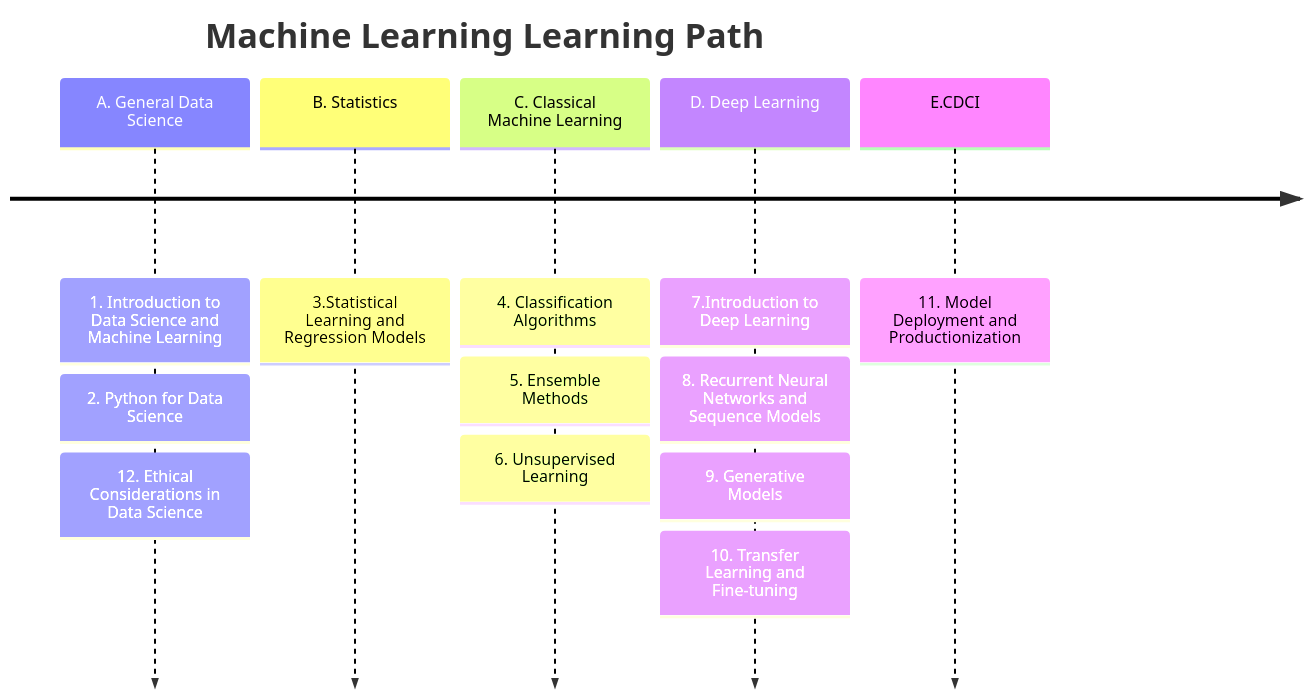
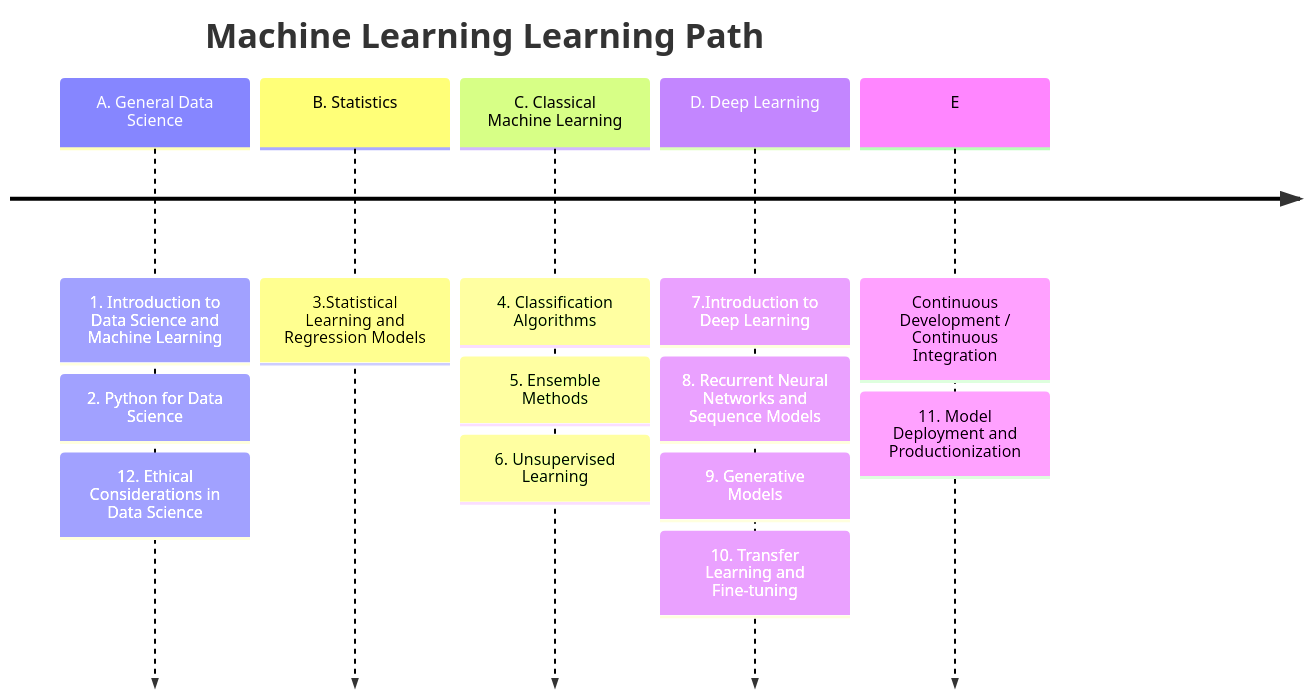
One commit to ua-datalab/ua-datalab.github.io changed the second of 5 diagrams in docs/mlpaths.md. Above: the diagram before and after it, drawn with Mermaid. The commit also changed other lines of this file, not shown here.

````diff
--- a/docs/mlpaths.md
+++ b/docs/mlpaths.md
@@ -27,17 +27,17 @@
 ```mermaid
 timeline
     title Machine Learning Learning Path
     A. General Data Science : 1. Introduction to Data Science and Machine Learning
     	    	 	     : 2. Python for Data Science
 			     : 12. Ethical Considerations in Data Science
     B. Statistics : 3.Statistical Learning and Regression Models
     C. Classical Machine Learning : 4. Classification Algorithms
 				 : 5. Ensemble Methods
 				 : 6. Unsupervised Learning
     D. Deep Learning : 7.Introduction to Deep Learning
     	   	    : 8. Recurrent Neural Networks and Sequence Models
 		    : 9. Generative Models
 		    : 10. Transfer Learning and Fine-tuning
-    E.CDCI : 11. Model Deployment and Productionization
+    E: Continuous Development / Continuous Integration  : 11. Model Deployment and Productionization
 
 ```
````
